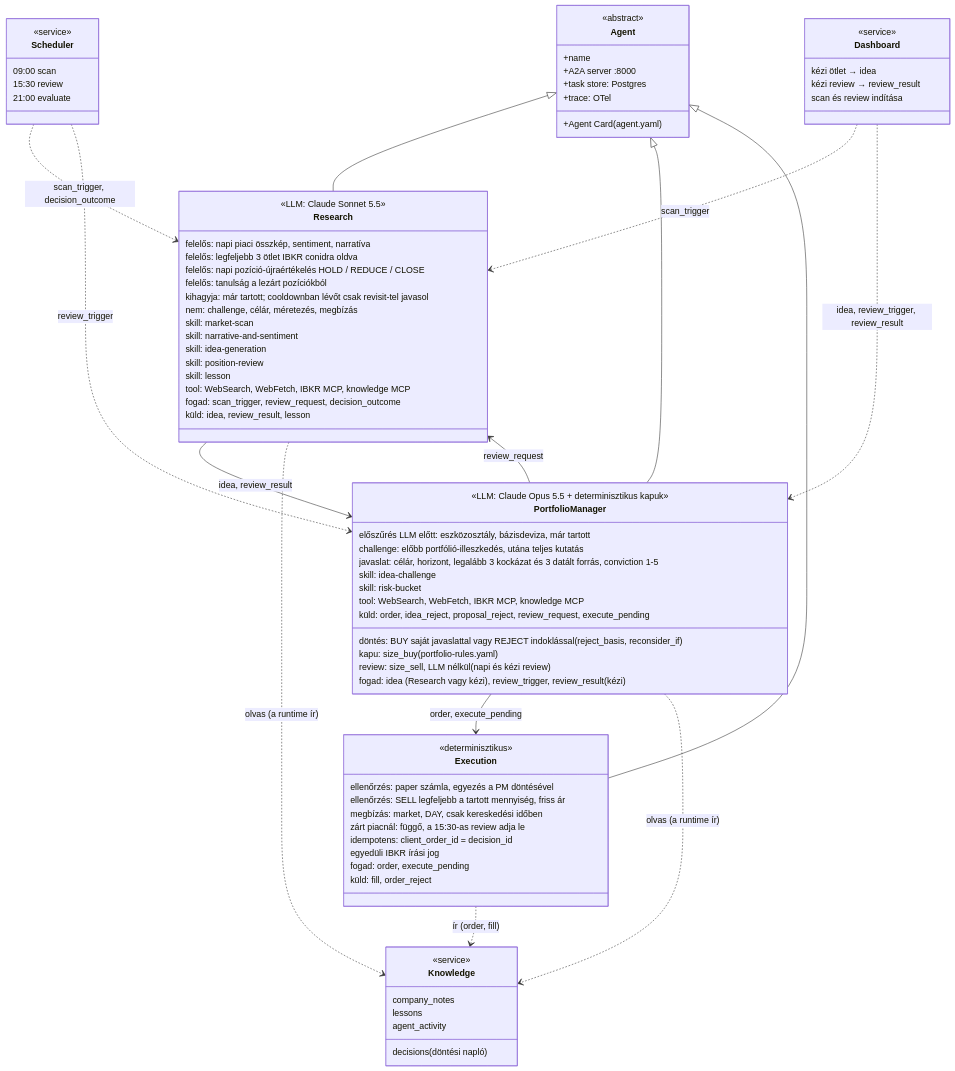
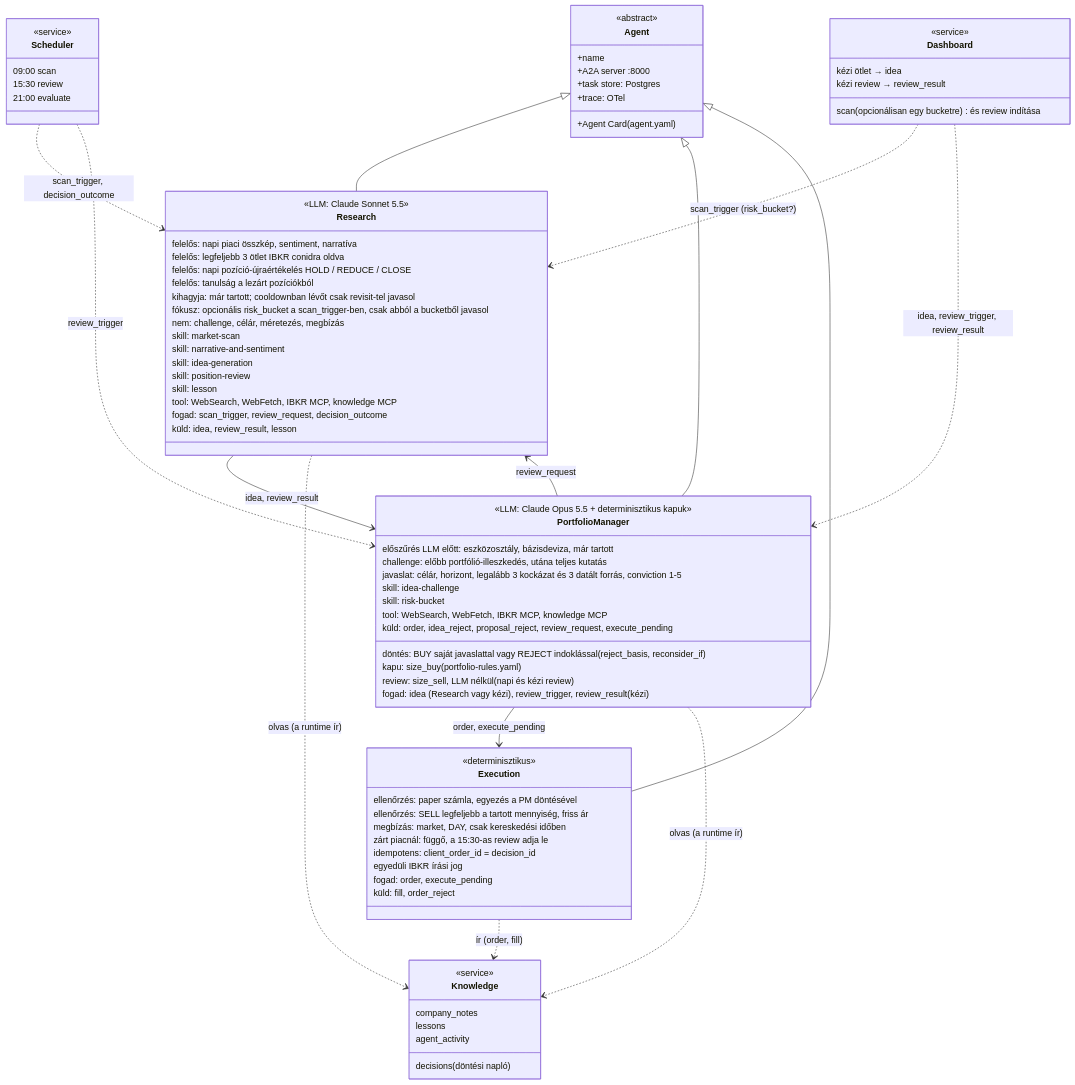
One commit to medovarszki/auxin-agentic-investment-organization changed the eighth of 9 diagrams in README.md. Above: the diagram before and after it, drawn with Mermaid. The commit also changed other lines of this file and 9 other files, not shown here.

First line of the commit message:
Scan risk-bucket focus: make scan bucket=N and dashboard selector

```diff
--- a/README.md
+++ b/README.md
@@ -463,6 +467,7 @@
         felelős: napi pozíció-újraértékelés HOLD / REDUCE / CLOSE
         felelős: tanulság a lezárt pozíciókból
         kihagyja: már tartott; cooldownban lévőt csak revisit-tel javasol
+        fókusz: opcionális risk_bucket a scan_trigger-ben, csak abból a bucketből javasol
         nem: challenge, célár, méretezés, megbízás
         skill: market-scan
         skill: narrative-and-sentiment
@@ -512,7 +517,7 @@
         <<service>>
         kézi ötlet → idea
         kézi review → review_result
-        scan és review indítása
+        scan (opcionálisan egy bucketre) és review indítása
     }
 
     class Knowledge {
@@ -529,7 +534,7 @@
 
     Scheduler ..> Research : scan_trigger, decision_outcome
     Scheduler ..> PortfolioManager : review_trigger
-    Dashboard ..> Research : scan_trigger
+    Dashboard ..> Research : scan_trigger (risk_bucket?)
     Dashboard ..> PortfolioManager : idea, review_trigger, review_result
     Research --> PortfolioManager : idea, review_result
     PortfolioManager --> Research : review_request
```
